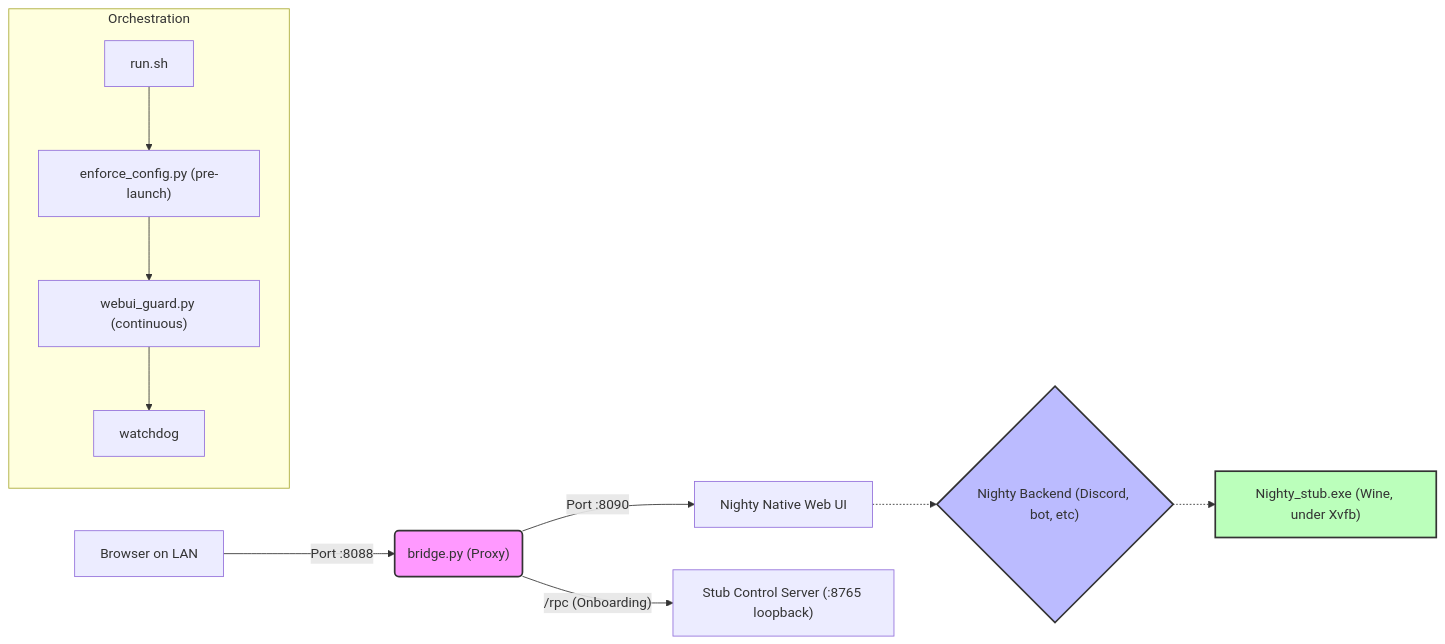
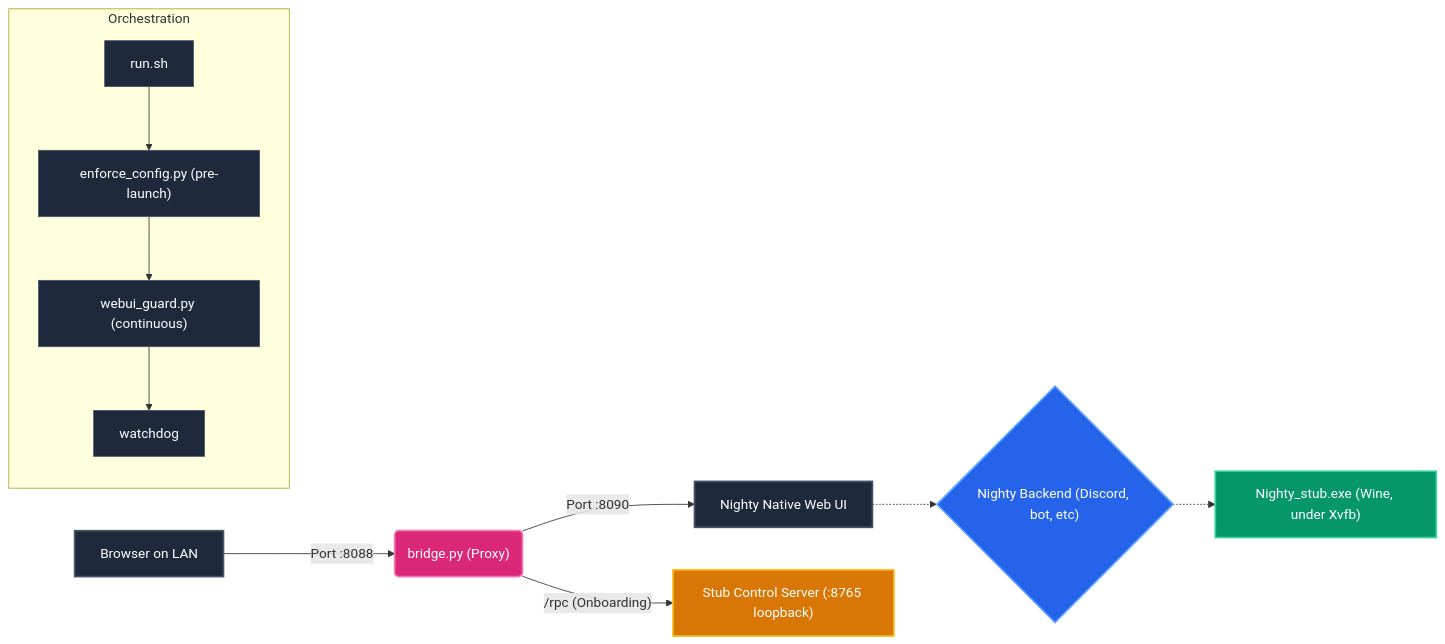
The diagram in docs/ARCHITECTURE.md (69poorpotato/nighty-linux-headless), drawn with Mermaid before and after one commit. The commit also changed 1 other file, not shown here.

Commit message:
docs: improve Mermaid diagram contrast and text readability

````diff
--- a/docs/ARCHITECTURE.md
+++ b/docs/ARCHITECTURE.md
@@ -15,18 +15,25 @@
 ```mermaid
 graph LR
     A[Browser on LAN] -- "Port :8088" --> B("bridge.py (Proxy)")
     B -- "Port :8090" --> C[Nighty Native Web UI]
     C -.-> D{"Nighty Backend (Discord, bot, etc)"}
     D -.-> E["Nighty_stub.exe (Wine, under Xvfb)"]
     B -- "/rpc (Onboarding)" --> F["Stub Control Server (:8765 loopback)"]
     
     subgraph Orchestration
     G[run.sh] --> H["enforce_config.py (pre-launch)"]
     H --> I["webui_guard.py (continuous)"]
     I --> J[watchdog]
     end
-    
-    style B fill:#f9f,stroke:#333,stroke-width:2px
-    style D fill:#bbf,stroke:#333,stroke-width:2px
-    style E fill:#bfb,stroke:#333,stroke-width:2px
+
+    style A fill:#1e293b,stroke:#475569,stroke-width:2px,color:#ffffff
+    style B fill:#db2777,stroke:#f472b6,stroke-width:2px,color:#ffffff
+    style C fill:#1e293b,stroke:#475569,stroke-width:2px,color:#ffffff
+    style D fill:#2563eb,stroke:#60a5fa,stroke-width:2px,color:#ffffff
+    style E fill:#059669,stroke:#34d399,stroke-width:2px,color:#ffffff
+    style F fill:#d97706,stroke:#fbbf24,stroke-width:2px,color:#ffffff
+    style G fill:#1e293b,stroke:#475569,stroke-width:1px,color:#ffffff
+    style H fill:#1e293b,stroke:#475569,stroke-width:1px,color:#ffffff
+    style I fill:#1e293b,stroke:#475569,stroke-width:1px,color:#ffffff
+    style J fill:#1e293b,stroke:#475569,stroke-width:1px,color:#ffffff
 ```
````
